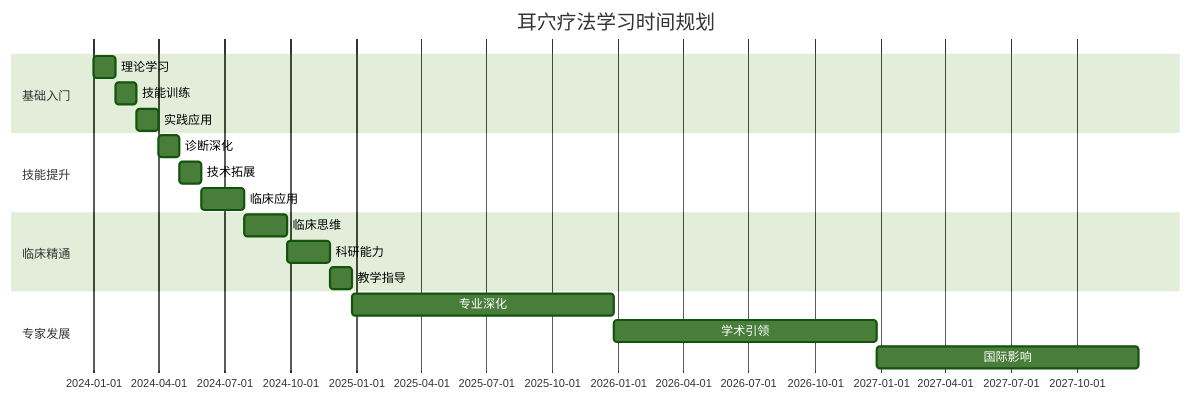
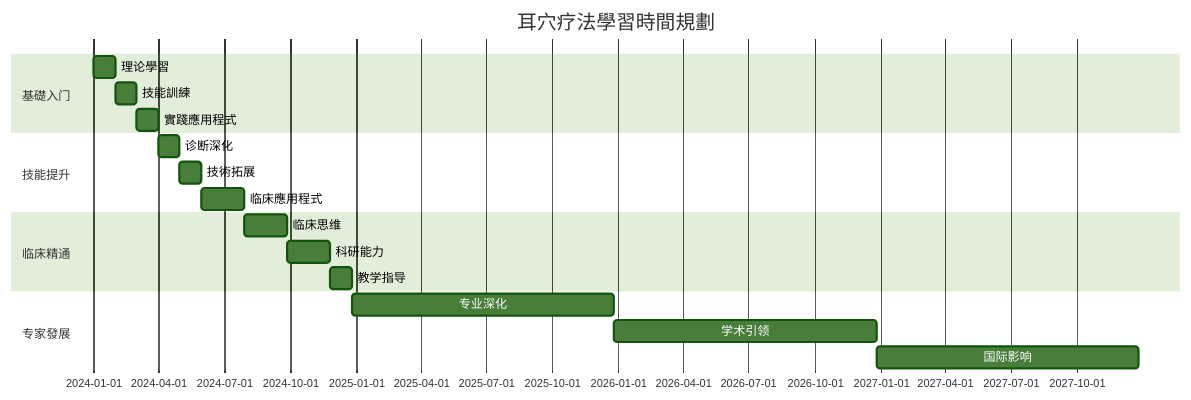
One commit to kmjade/knowledge-value changed the first of 2 diagrams in 3 Resources/01-Tech/🏥 专业知识/耳穴知识库/08_实践指南/耳穴学习路线图.md. Above: the diagram before and after it, drawn with Mermaid (forest theme). The commit also changed other lines of this file and 653 other files, not shown here.

````diff
--- a/3 Resources/01-Tech/🏥 专业知识/耳穴知识库/08_实践指南/耳穴学习路线图.md
+++ b/3 Resources/01-Tech/🏥 专业知识/耳穴知识库/08_实践指南/耳穴学习路线图.md
@@ -361,24 +361,24 @@
 ```mermaid
 gantt
-    title 耳穴疗法学习时间规划
+    title 耳穴疗法學習時間規劃
     dateFormat  YYYY-MM-DD
-    section 基础入门
-    理论学习        :a1, 2024-01-01, 30d
-    技能训练        :a2, after a1, 30d
-    实践应用        :a3, after a2, 30d
+    section 基礎入门
+    理论學習        :a1, 2024-01-01, 30d
+    技能訓練        :a2, after a1, 30d
+    實踐應用程式        :a3, after a2, 30d
     
     section 技能提升
     诊断深化        :b1, after a3, 30d
-    技术拓展        :b2, after b1, 30d
-    临床应用        :b3, after b2, 60d
+    技術拓展        :b2, after b1, 30d
+    临床應用程式        :b3, after b2, 60d
     
     section 临床精通
     临床思维        :c1, after b3, 60d
     科研能力        :c2, after c1, 60d
     教学指导        :c3, after c2, 30d
     
-    section 专家发展
+    section 专家發展
     专业深化        :d1, after c3, 365d
     学术引领        :d2, after d1, 365d
     国际影响        :d3, after d2, 365d
 ```
````
